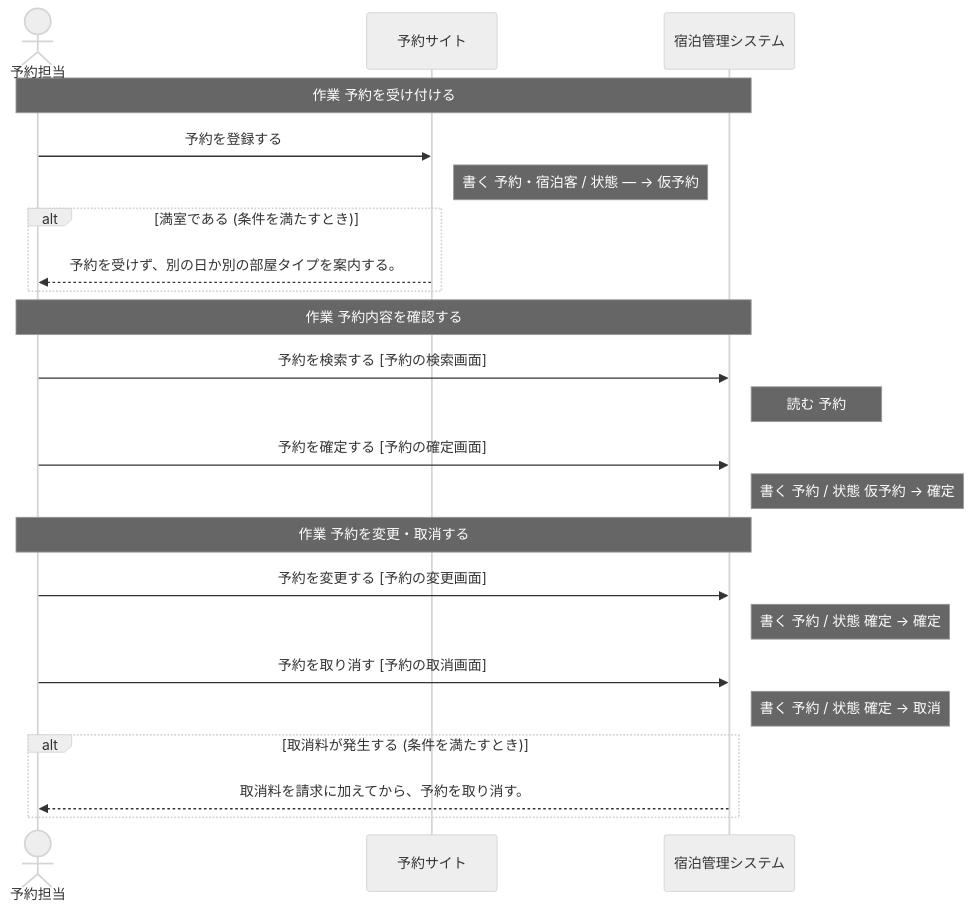
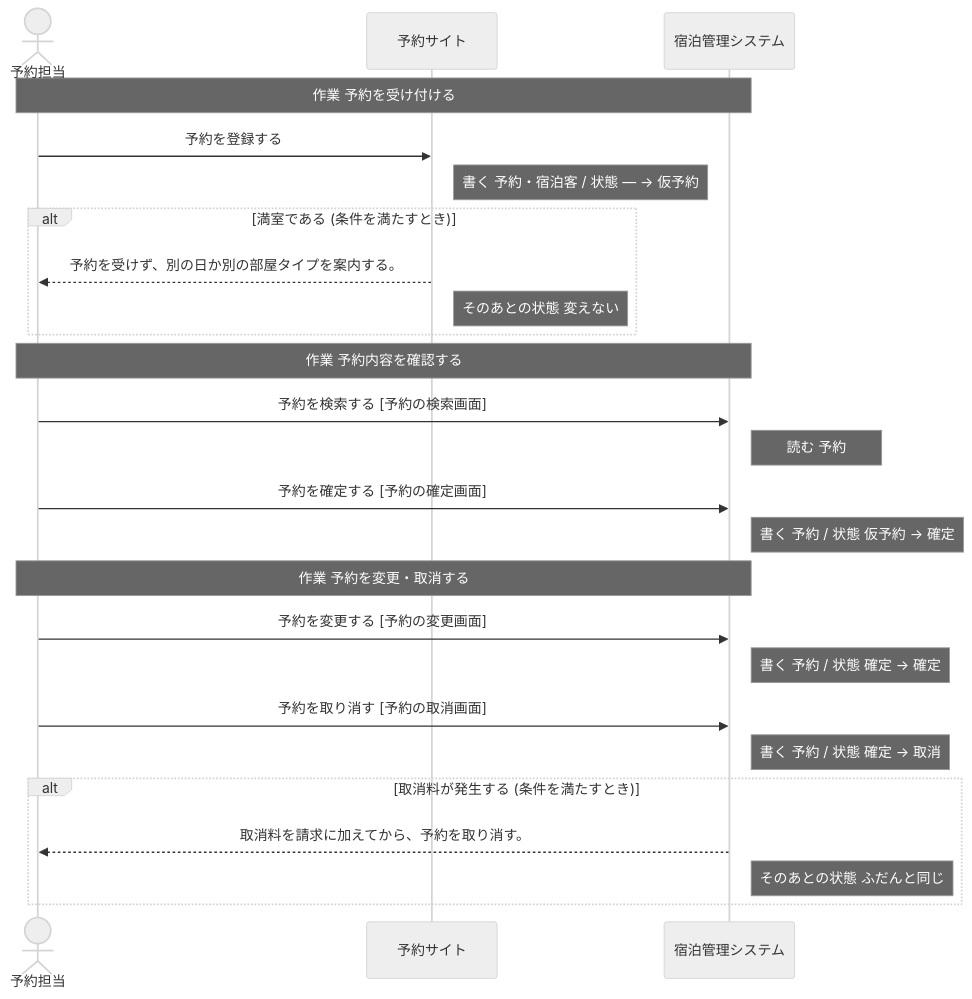
One commit to tango238/untie changed the first of 5 diagrams in spikes/pi-durable-souther/workspace/design/design.md. Above: the diagram before and after it, drawn with Mermaid (neutral theme). The commit also changed other lines of this file and 32 other files, not shown here.

````diff
--- a/spikes/pi-durable-souther/workspace/design/design.md
+++ b/spikes/pi-durable-souther/workspace/design/design.md
@@ -64,25 +64,27 @@
 ```mermaid
 sequenceDiagram
   actor p0 as 予約担当
   participant p1 as 予約サイト
   participant p2 as 宿泊管理システム
   Note over p0,p2: 作業 予約を受け付ける
   p0->>p1: 予約を登録する
   Note right of p1: 書く 予約・宿泊客 / 状態 — → 仮予約
   alt 満室である (条件を満たすとき)
     p1-->>p0: 予約を受けず、別の日か別の部屋タイプを案内する。
+    Note right of p1: そのあとの状態 変えない
   end
   Note over p0,p2: 作業 予約内容を確認する
   p0->>p2: 予約を検索する [予約の検索画面]
   Note right of p2: 読む 予約
   p0->>p2: 予約を確定する [予約の確定画面]
   Note right of p2: 書く 予約 / 状態 仮予約 → 確定
   Note over p0,p2: 作業 予約を変更・取消する
   p0->>p2: 予約を変更する [予約の変更画面]
   Note right of p2: 書く 予約 / 状態 確定 → 確定
   p0->>p2: 予約を取り消す [予約の取消画面]
   Note right of p2: 書く 予約 / 状態 確定 → 取消
   alt 取消料が発生する (条件を満たすとき)
     p2-->>p0: 取消料を請求に加えてから、予約を取り消す。
+    Note right of p2: そのあとの状態 ふだんと同じ
   end
 ```
````
